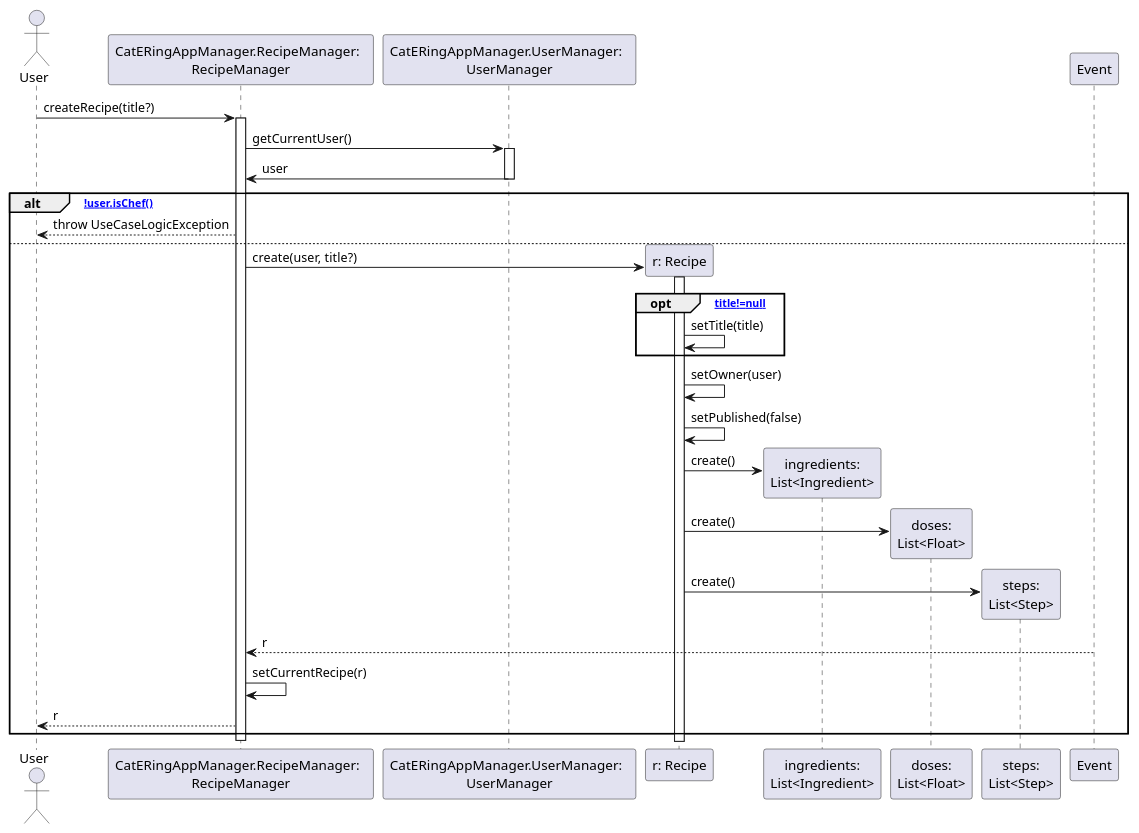
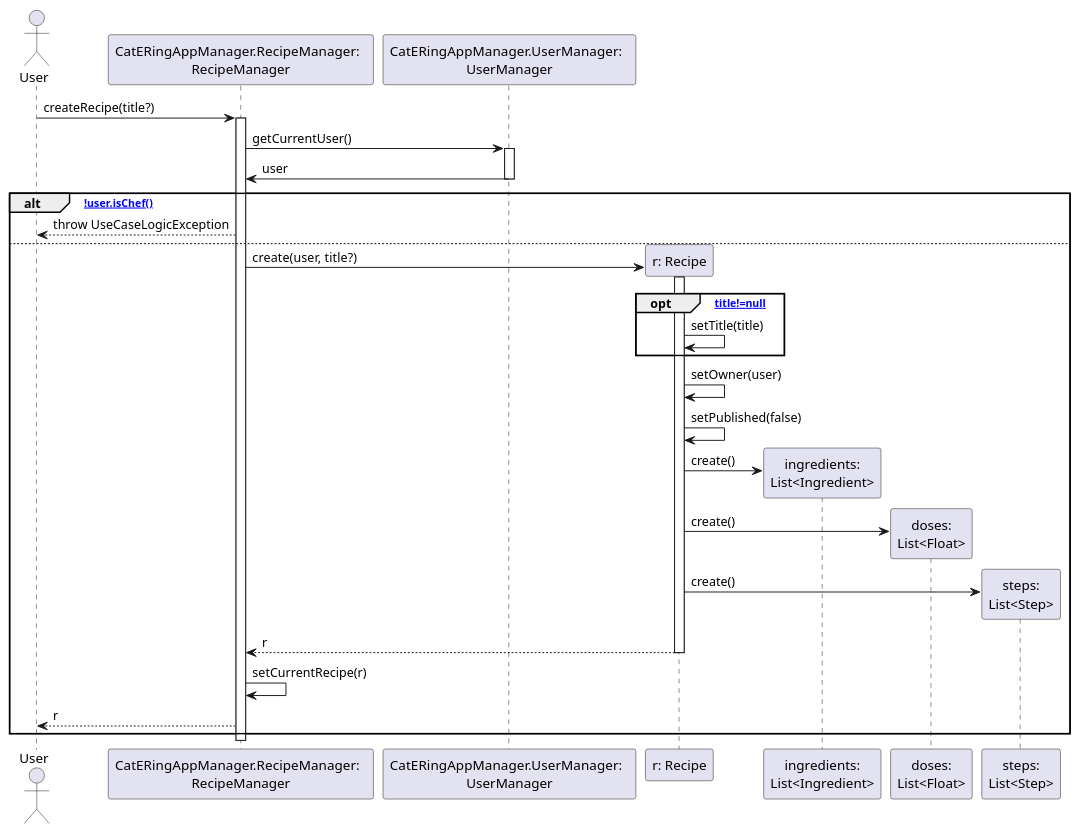
The diagram in dsd/dsd-ricette/1-createRecipe.md (m0canu1/sas), drawn with PlantUML before and after one commit.

Commit message:
corretto errore dsd crea ricetta

````diff
--- a/dsd/dsd-ricette/1-createRecipe.md
+++ b/dsd/dsd-ricette/1-createRecipe.md
@@ -1,37 +1,38 @@
 ```plantuml
 
 Actor User
 Participant "CatERingAppManager.RecipeManager:  \nRecipeManager"
 Participant "CatERingAppManager.UserManager:  \nUserManager"
 
 User -> "CatERingAppManager.RecipeManager:  \nRecipeManager":createRecipe(title?)
 activate "CatERingAppManager.RecipeManager:  \nRecipeManager"
 "CatERingAppManager.RecipeManager:  \nRecipeManager" -> "CatERingAppManager.UserManager:  \nUserManager":getCurrentUser()
 activate "CatERingAppManager.UserManager:  \nUserManager"
 "CatERingAppManager.UserManager:  \nUserManager" -> "CatERingAppManager.RecipeManager:  \nRecipeManager":user
 deactivate "CatERingAppManager.UserManager:  \nUserManager"
 
 alt [!user.isChef()]
     "CatERingAppManager.RecipeManager:  \nRecipeManager" --> User:throw UseCaseLogicException
 else 
     create "r: Recipe"
     "CatERingAppManager.RecipeManager:  \nRecipeManager" -> "r: Recipe":create(user, title?)
     activate "r: Recipe"
     opt [title!=null]
         "r: Recipe" -> "r: Recipe":setTitle(title)
     end
     "r: Recipe" -> "r: Recipe":setOwner(user)
     "r: Recipe" -> "r: Recipe":setPublished(false)
     create "ingredients:\nList<Ingredient>"
     "r: Recipe" -> "ingredients:\nList<Ingredient>":create()
     create "doses:\nList<Float>"
     "r: Recipe" -> "doses:\nList<Float>":create()
     create "steps:\nList<Step>"
     "r: Recipe" -> "steps:\nList<Step>":create()
-    Event --> "CatERingAppManager.RecipeManager:  \nRecipeManager": r
+    "r: Recipe" --> "CatERingAppManager.RecipeManager:  \nRecipeManager": r
+    deactivate "r: Recipe"
     "CatERingAppManager.RecipeManager:  \nRecipeManager" -> "CatERingAppManager.RecipeManager:  \nRecipeManager":setCurrentRecipe(r)
     "CatERingAppManager.RecipeManager:  \nRecipeManager" --> User:r
 end
     deactivate "CatERingAppManager.RecipeManager:  \nRecipeManager"
 
 ```
````
